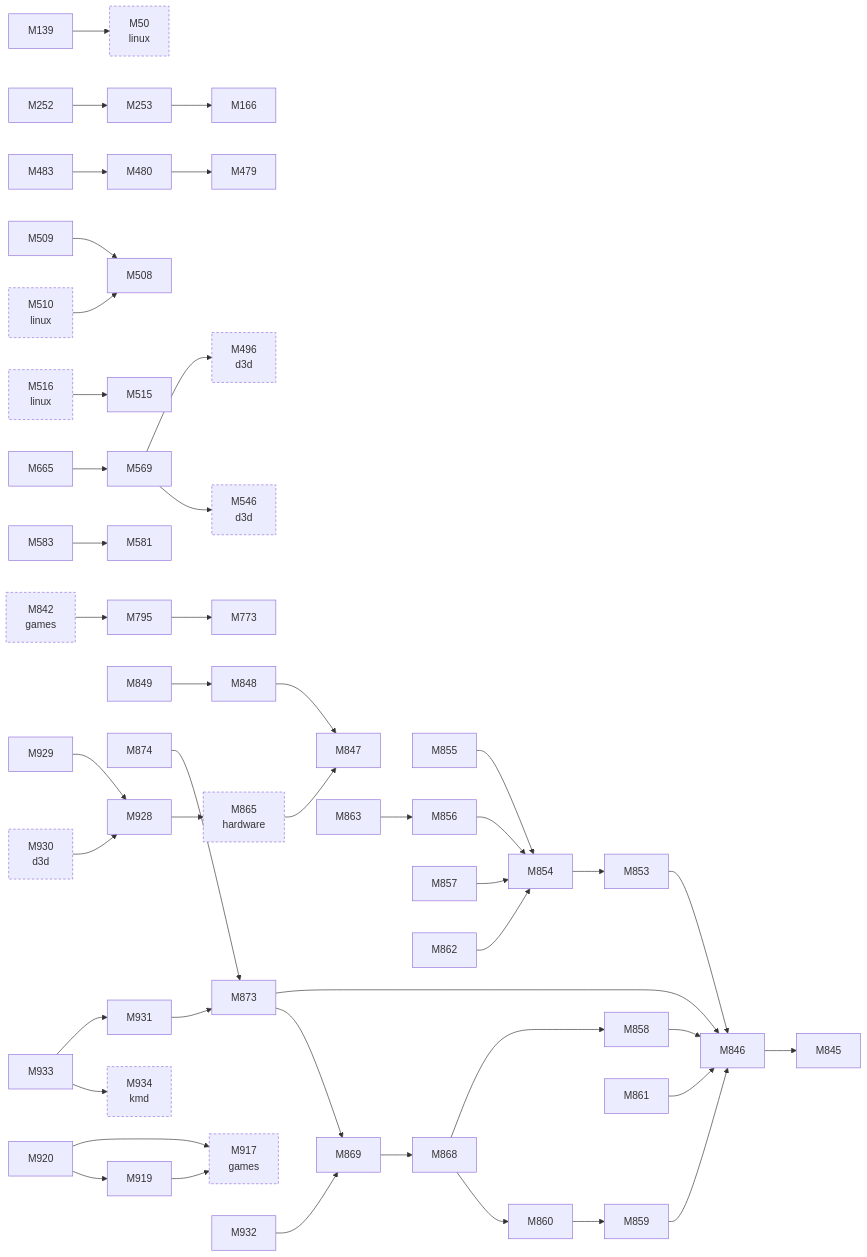
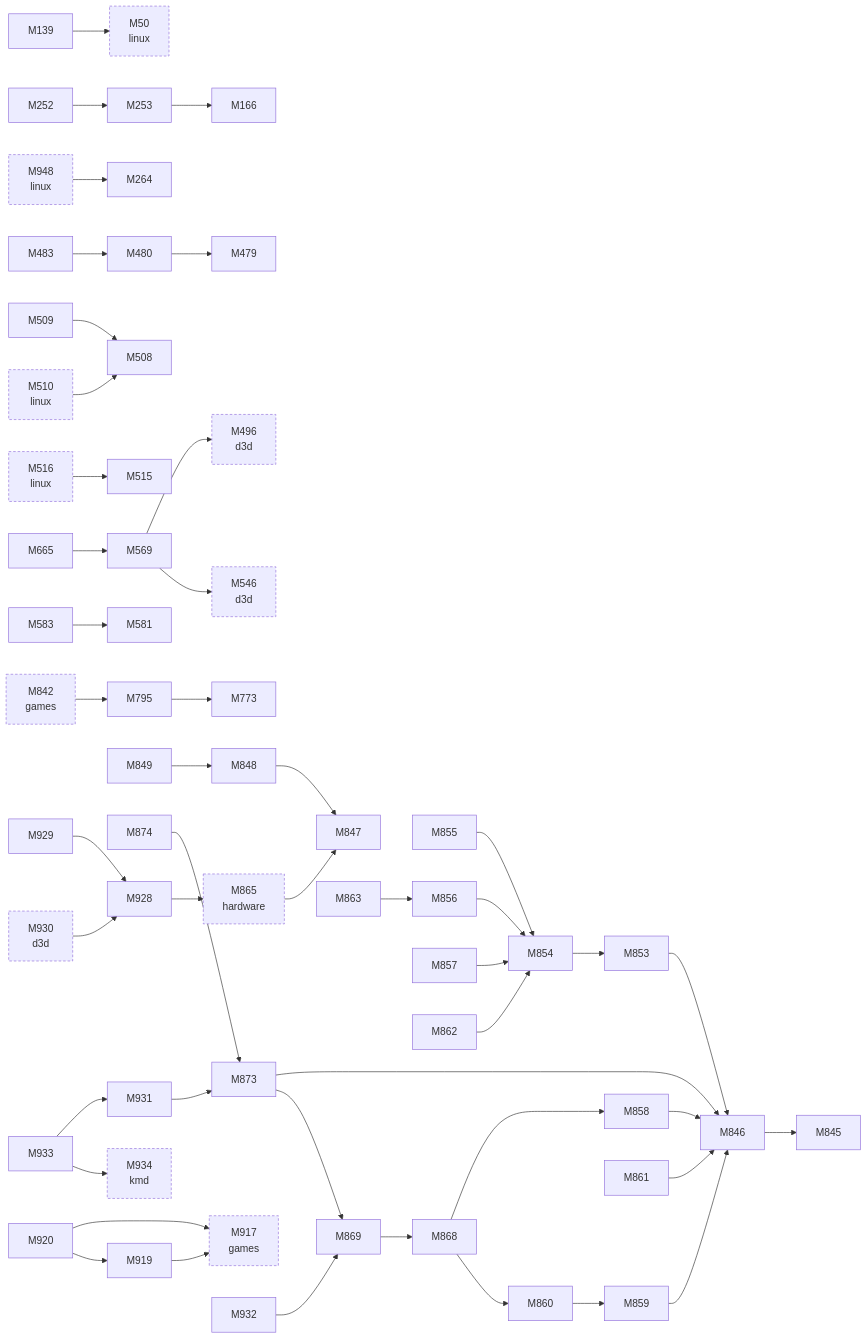
The second of 2 diagrams in docs/facts/graphs/icd.md (D-Ogi/amdgpu-wddm), drawn with Mermaid before and after one commit. The commit also changed 11 other files, not shown here.

````diff
--- a/docs/facts/graphs/icd.md
+++ b/docs/facts/graphs/icd.md
@@ -44,6 +44,7 @@
   M166["M166"]
   M252["M252"]
   M253["M253"]
+  M264["M264"]
   M479["M479"]
   M480["M480"]
   M483["M483"]
@@ -92,6 +93,7 @@
   M932["M932"]
   M933["M933"]
   M934["M934<br/>kmd"]
+  M948["M948<br/>linux"]
   M865 --> M847
   M139 --> M50
   M252 --> M253
@@ -137,6 +139,7 @@
   M842 --> M795
   M510 --> M508
   M516 --> M515
+  M948 --> M264
   classDef other stroke-dasharray:4 3
-  class M50,M496,M510,M516,M546,M842,M865,M917,M930,M934 other
+  class M50,M496,M510,M516,M546,M842,M865,M917,M930,M934,M948 other
 ```
````
